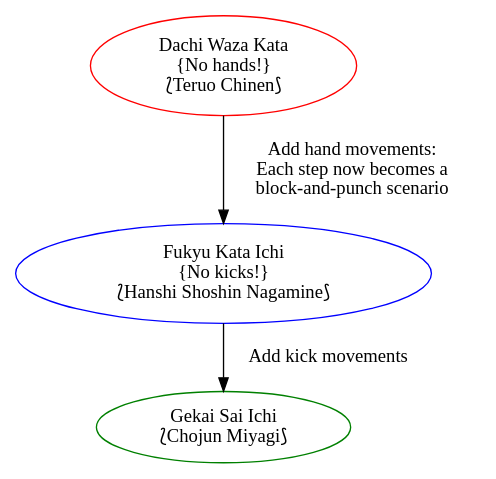
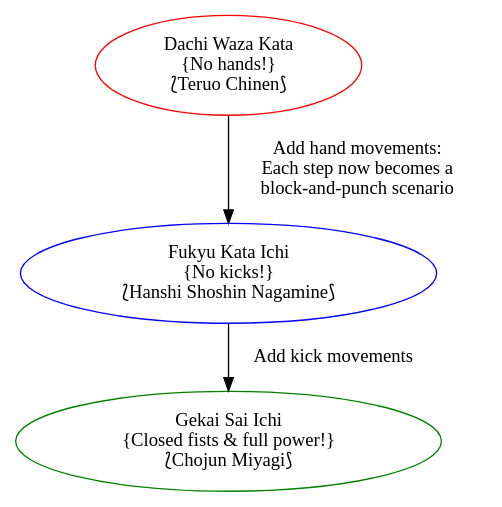
Before and after one commit to alhassy/alhassy.github.io: the diagram in posts/karate.org, drawn with Graphviz. The commit also changed other lines of this file and 19 other files, not shown here.

```diff
--- a/posts/karate.org
+++ b/posts/karate.org
@@ -235,10 +271,10 @@
 #+BEGIN_SRC dot :file ../images/fukyu-kata.png :exports results
 digraph {
  A [label = "Dachi Waza Kata \n {No hands!} \n ⟅Teruo Chinen⟆", color = red]
  B [label = "Fukyu Kata Ichi \n {No kicks!} \n ⟅Hanshi Shoshin Nagamine⟆", color = blue]
- C [label = "Gekai Sai Ichi \n ⟅Chojun Miyagi⟆", color = green]
+ C [label = "Gekai Sai Ichi \n {Closed fists & full power!} \n ⟅Chojun Miyagi⟆", color = green]
 
  A -> B [label=" Add hand movements:\n Each step now becomes a \n block-and-punch scenario "];
  B -> C [label=" Add kick movements "];
 }
 #+END_SRC
```
